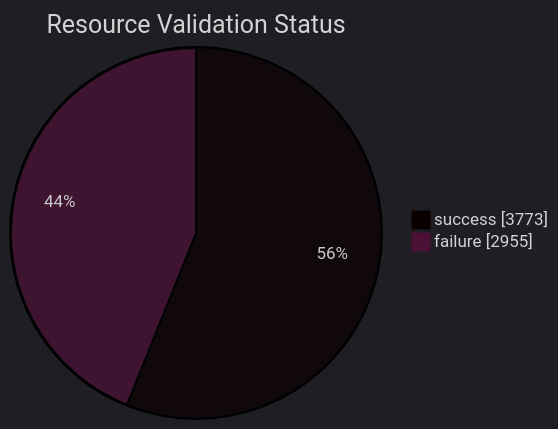
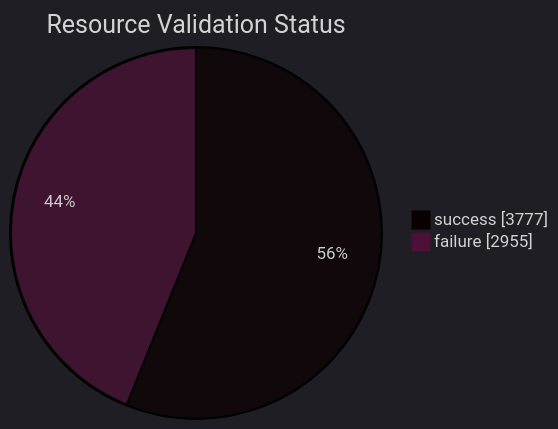
The diagram in datastore_tracker/resource_validation_status_pie_chart.md (open-data/analytics-corporate-reporting), drawn with Mermaid before and after one commit. The commit also changed 9 other files, not shown here.

````diff
--- a/datastore_tracker/resource_validation_status_pie_chart.md
+++ b/datastore_tracker/resource_validation_status_pie_chart.md
@@ -2,9 +2,9 @@
 ```mermaid
 ---
 config:
   theme: dark
 ---
 pie showData title Resource Validation Status
-    "success": 3773
+    "success": 3777
     "failure": 2955
 ```
````
